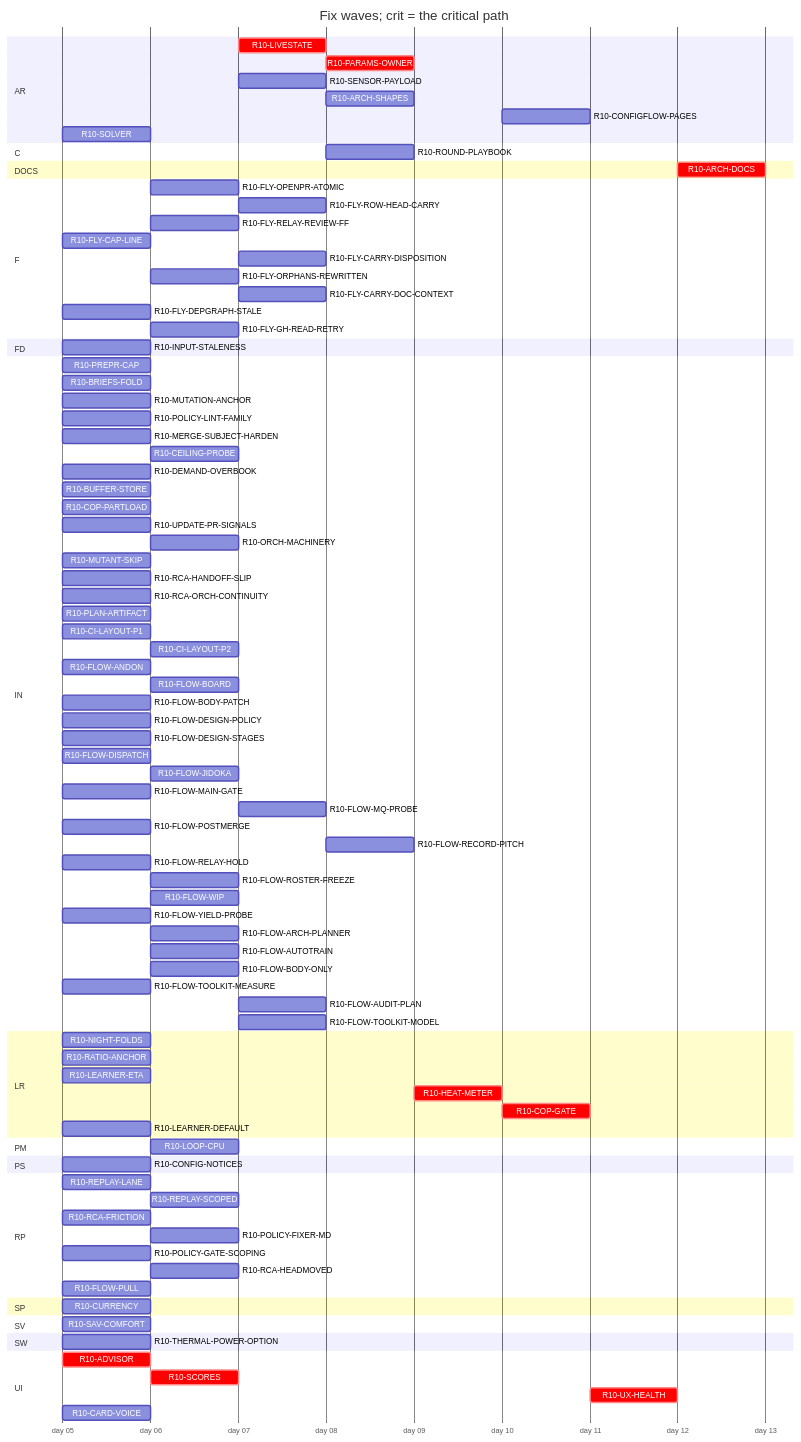
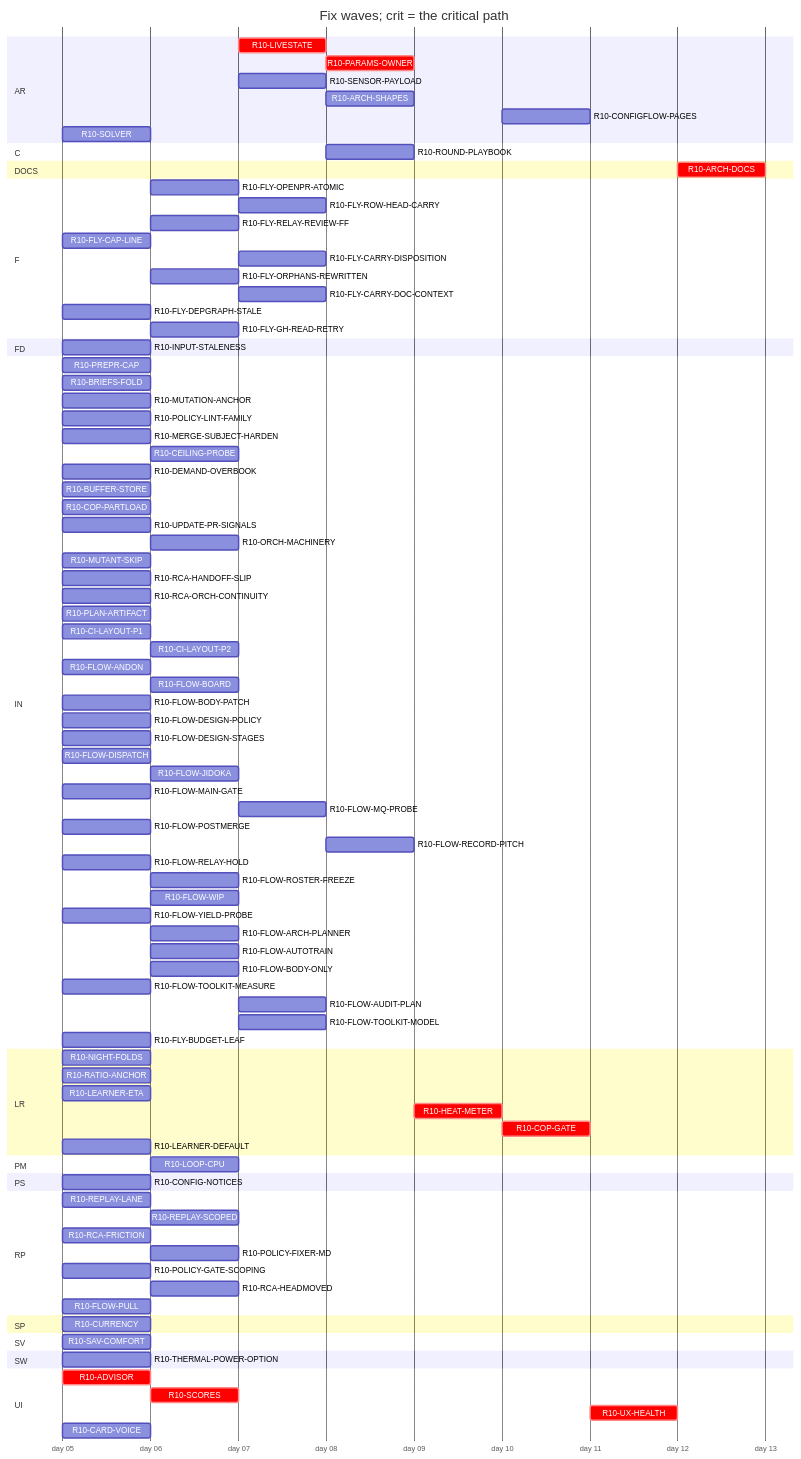
Before and after one commit to tvofi/heatpump_optimizer: the diagram in handoff/round10/state/PLAN-TABLE.md, drawn with Mermaid. The commit also changed other lines of this file and 2 other files, not shown here.

```diff
--- a/handoff/round10/state/PLAN-TABLE.md
+++ b/handoff/round10/state/PLAN-TABLE.md
@@ -91,6 +91,7 @@
     R10-FLOW-TOOLKIT-MEASURE :r10FLOWTOOLKITMEASURE, 2026-01-05, 1d
     R10-FLOW-AUDIT-PLAN :r10FLOWAUDITPLAN, after r10FLOWARCHPLANNER r10FLOWTOOLKITMEASURE, 1d
     R10-FLOW-TOOLKIT-MODEL :r10FLOWTOOLKITMODEL, after r10ORCHMACHINERY r10FLOWTOOLKITMEASURE, 1d
+    R10-FLY-BUDGET-LEAF :r10FLYBUDGETLEAF, 2026-01-05, 1d
   section LR
     R10-NIGHT-FOLDS :r10NIGHTFOLDS, 2026-01-05, 1d
     R10-RATIO-ANCHOR :r10RATIOANCHOR, 2026-01-05, 1d
```
